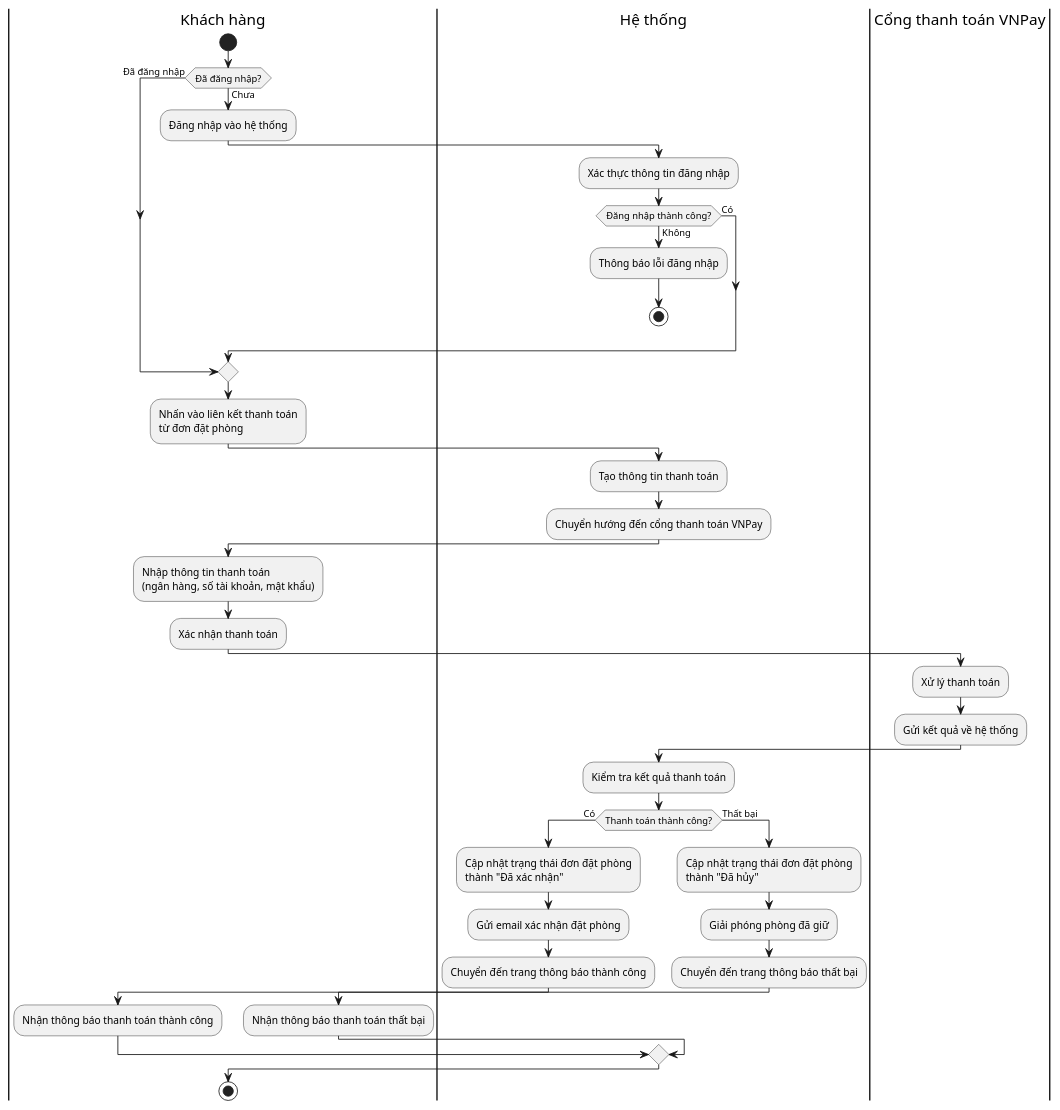
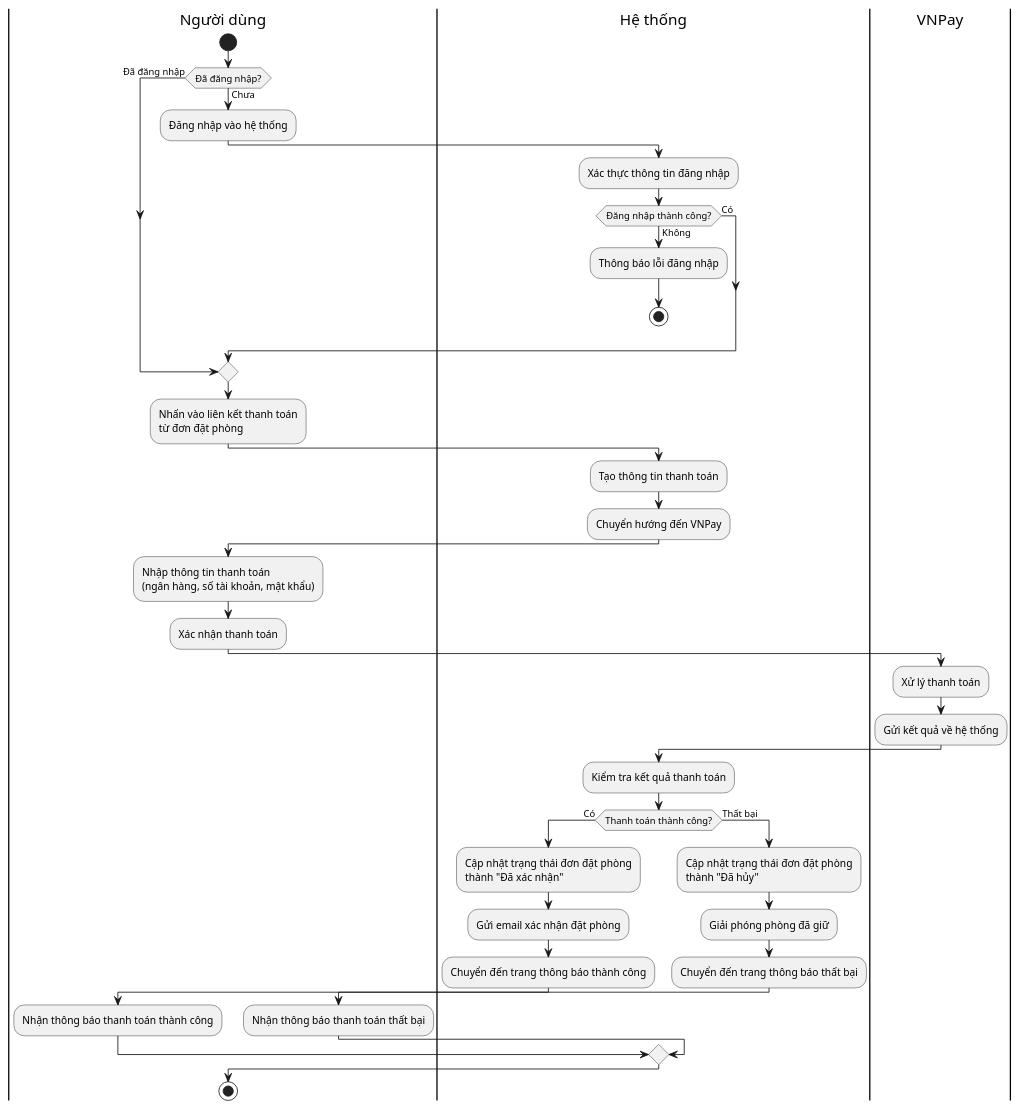
The diagram in be/holidate/activity_diagrams/payment-activity.puml (decoutkhanqindev/holidate-nestjs-springboot-aws), drawn with PlantUML before and after one commit. The commit also changed 16 other files, not shown here.

Commit message:
Refactor activity diagrams: Replace "Khách hàng" with "Người dùng" for consistency across booking and payment processes, and update terminology for clarity in user interactions.

```diff
--- a/be/holidate/activity_diagrams/payment-activity.puml
+++ b/be/holidate/activity_diagrams/payment-activity.puml
@@ -1,53 +1,53 @@
 @startuml
-|Khách hàng|
+|Người dùng|
 start
 if (Đã đăng nhập?) then (Chưa)
   :Đăng nhập vào hệ thống;
   |Hệ thống|
   :Xác thực thông tin đăng nhập;
   if (Đăng nhập thành công?) then (Không)
     :Thông báo lỗi đăng nhập;
     stop
   else (Có)
-    |Khách hàng|
+    |Người dùng|
   endif
 else (Đã đăng nhập)
 endif
 
-|Khách hàng|
+|Người dùng|
 :Nhấn vào liên kết thanh toán\ntừ đơn đặt phòng;
 
 |Hệ thống|
 :Tạo thông tin thanh toán;
-:Chuyển hướng đến cổng thanh toán VNPay;
+:Chuyển hướng đến VNPay;
 
-|Khách hàng|
+|Người dùng|
 :Nhập thông tin thanh toán\n(ngân hàng, số tài khoản, mật khẩu);
 :Xác nhận thanh toán;
 
-|Cổng thanh toán VNPay|
+|VNPay|
 :Xử lý thanh toán;
 :Gửi kết quả về hệ thống;
 
 |Hệ thống|
 :Kiểm tra kết quả thanh toán;
 
 if (Thanh toán thành công?) then (Có)
   :Cập nhật trạng thái đơn đặt phòng\nthành "Đã xác nhận";
   :Gửi email xác nhận đặt phòng;
   :Chuyển đến trang thông báo thành công;
 
-  |Khách hàng|
+  |Người dùng|
   :Nhận thông báo thanh toán thành công;
 else (Thất bại)
   |Hệ thống|
   :Cập nhật trạng thái đơn đặt phòng\nthành "Đã hủy";
   :Giải phóng phòng đã giữ;
   :Chuyển đến trang thông báo thất bại;
 
-  |Khách hàng|
+  |Người dùng|
   :Nhận thông báo thanh toán thất bại;
 endif
 
 stop
 @enduml
```
